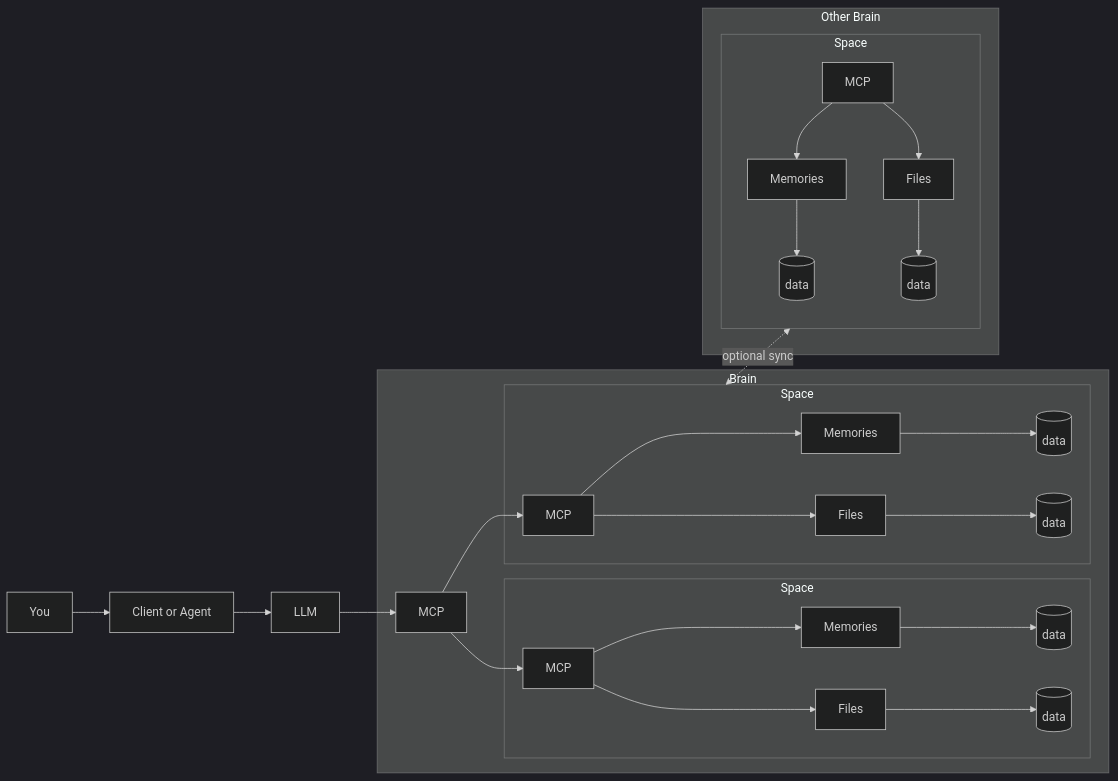
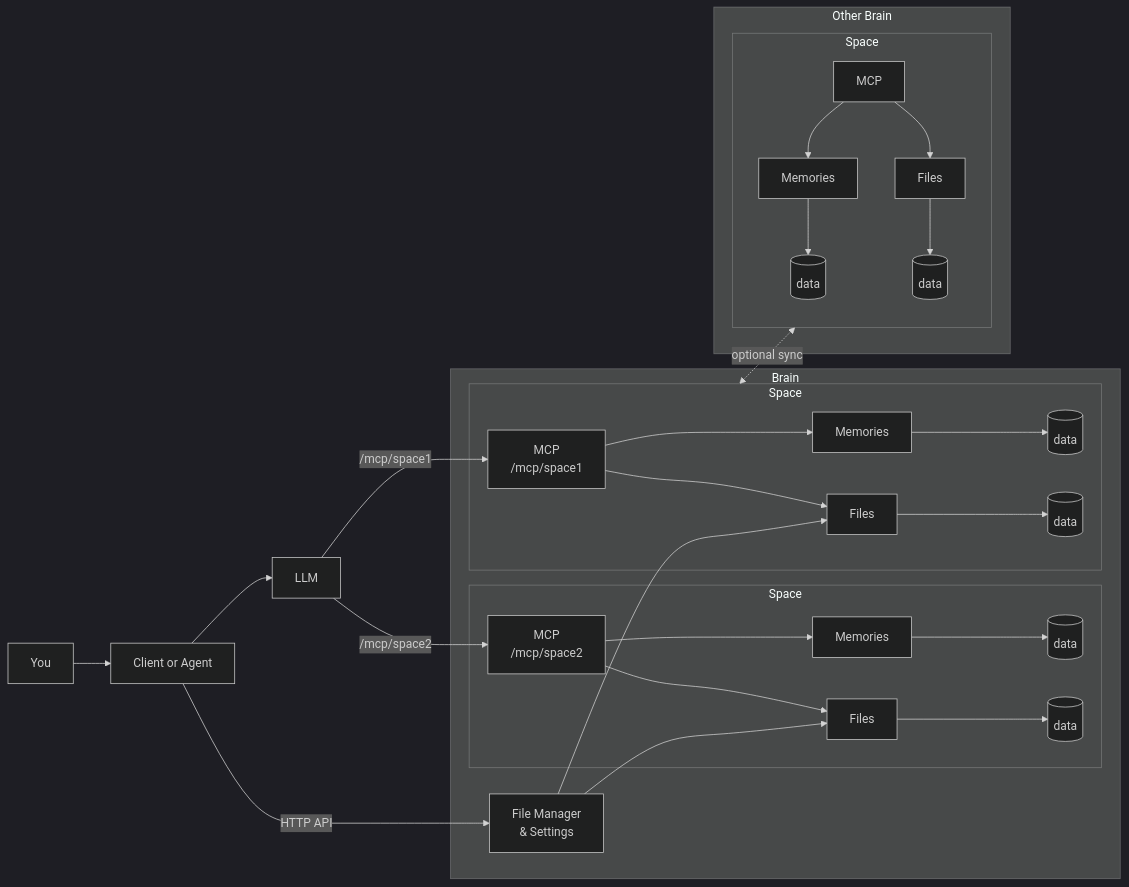
The first of 4 diagrams in README.md (MetalMMagic/Ythril), drawn with Mermaid (dark theme) before and after one commit.

Commit message:
feat(diagram): enhance flowchart to include HTTP API interactions and clarify space management

````diff
--- a/README.md
+++ b/README.md
@@ -18,35 +18,36 @@
 ```mermaid
 flowchart LR
 	U[You] --> C[Client or Agent]
 	C --> L[LLM]
-	L --> BMCP[MCP]
+	C -->|HTTP API| HAPI[File Manager\n& Settings]
 
 	subgraph Brain
-		BMCP
-
 		subgraph S1[Space]
-			S1MCP[MCP]
+			S1MCP[MCP\n/mcp/space1]
 			S1MCP --> S1Mem[Memories] --> S1MD[(data)]
 			S1MCP --> S1Files[Files] --> S1FD[(data)]
 		end
 
 		subgraph S2[Space]
-			S2MCP[MCP]
+			S2MCP[MCP\n/mcp/space2]
 			S2MCP --> S2Mem[Memories] --> S2MD[(data)]
 			S2MCP --> S2Files[Files] --> S2FD[(data)]
 		end
 
-		BMCP --> S1MCP
-		BMCP --> S2MCP
+		HAPI --> S1Files
+		HAPI --> S2Files
 	end
+
+	L -->|/mcp/space1| S1MCP
+	L -->|/mcp/space2| S2MCP
 
 	subgraph OB[Other Brain]
 		subgraph OS[Space]
 			OSMCP[MCP]
 			OSMCP --> OSMem[Memories] --> OSMD[(data)]
 			OSMCP --> OSFiles[Files] --> OSFD[(data)]
 		end
 	end
 
 	S1 <-.->|optional sync| OS
 ```
````
